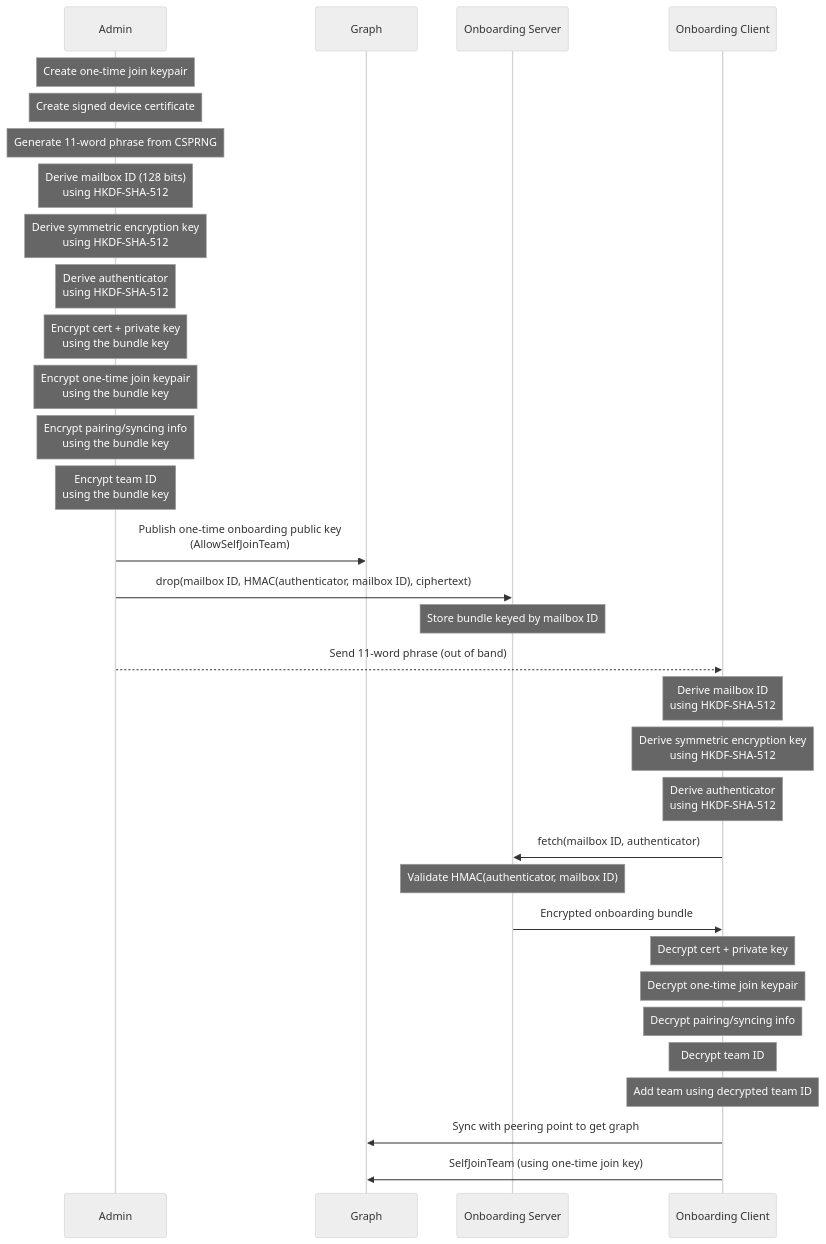
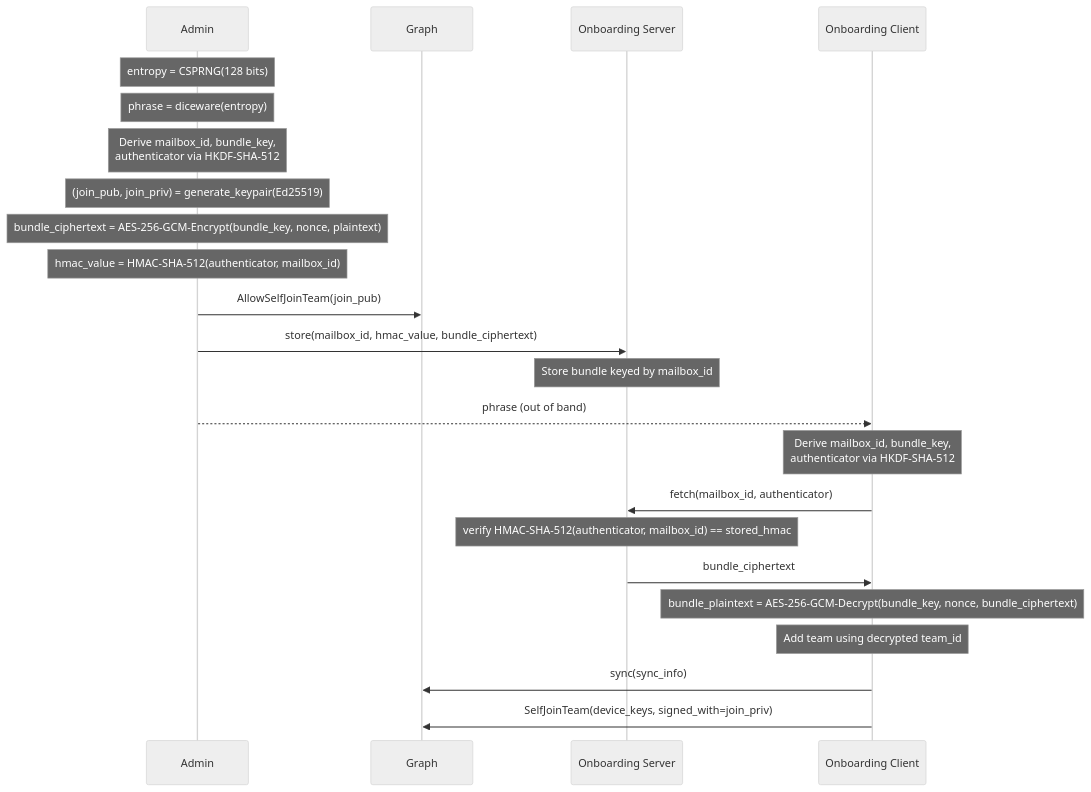
The diagram in docs/async-onboarding.md (aranya-project/aranya-docs), drawn with Mermaid (neutral theme) before and after one commit. The commit also changed other lines of this file, not shown here.

````diff
--- a/docs/async-onboarding.md
+++ b/docs/async-onboarding.md
@@ -41,41 +86,32 @@
 ```mermaid
 sequenceDiagram
     participant Admin
     participant Graph
     participant Server as Onboarding Server
     participant Client as Onboarding Client
 
-    Note over Admin: Create one-time join keypair
-    Note over Admin: Create signed device certificate
-    Note over Admin: Generate 11-word phrase from CSPRNG
-    Note over Admin: Derive mailbox ID (128 bits)<br/>using HKDF-SHA-512
-    Note over Admin: Derive symmetric encryption key<br/>using HKDF-SHA-512
-    Note over Admin: Derive authenticator<br/>using HKDF-SHA-512
-    Note over Admin: Encrypt cert + private key<br/>using the bundle key
-    Note over Admin: Encrypt one-time join keypair<br/>using the bundle key
-    Note over Admin: Encrypt pairing/syncing info<br/>using the bundle key
-    Note over Admin: Encrypt team ID<br/>using the bundle key
+    Note over Admin: entropy = CSPRNG(128 bits)
+    Note over Admin: phrase = diceware(entropy)
+    Note over Admin: Derive mailbox_id, bundle_key,<br/>authenticator via HKDF-SHA-512
+    Note over Admin: (join_pub, join_priv) = generate_keypair(Ed25519)
+    Note over Admin: bundle_ciphertext = AES-256-GCM-Encrypt(bundle_key, nonce, plaintext)
+    Note over Admin: hmac_value = HMAC-SHA-512(authenticator, mailbox_id)
 
-    Admin->>Graph: Publish one-time onboarding public key<br/>(AllowSelfJoinTeam)
-    Admin->>Server: drop(mailbox ID, HMAC(authenticator, mailbox ID), ciphertext)
-    Note over Server: Store bundle keyed by mailbox ID
+    Admin->>Graph: AllowSelfJoinTeam(join_pub)
+    Admin->>Server: store(mailbox_id, hmac_value, bundle_ciphertext)
+    Note over Server: Store bundle keyed by mailbox_id
 
-    Admin-->>Client: Send 11-word phrase (out of band)
+    Admin-->>Client: phrase (out of band)
 
-    Note over Client: Derive mailbox ID<br/>using HKDF-SHA-512
-    Note over Client: Derive symmetric encryption key<br/>using HKDF-SHA-512
-    Note over Client: Derive authenticator<br/>using HKDF-SHA-512
+    Note over Client: Derive mailbox_id, bundle_key,<br/>authenticator via HKDF-SHA-512
 
-    Client->>Server: fetch(mailbox ID, authenticator)
-    Note over Server: Validate HMAC(authenticator, mailbox ID)
-    Server->>Client: Encrypted onboarding bundle
+    Client->>Server: fetch(mailbox_id, authenticator)
+    Note over Server: verify HMAC-SHA-512(authenticator, mailbox_id) == stored_hmac
+    Server->>Client: bundle_ciphertext
 
-    Note over Client: Decrypt cert + private key
-    Note over Client: Decrypt one-time join keypair
-    Note over Client: Decrypt pairing/syncing info
-    Note over Client: Decrypt team ID
+    Note over Client: bundle_plaintext = AES-256-GCM-Decrypt(bundle_key, nonce, bundle_ciphertext)
 
-    Note over Client: Add team using decrypted team ID
-    Client->>Graph: Sync with peering point to get graph
-    Client->>Graph: SelfJoinTeam (using one-time join key)
+    Note over Client: Add team using decrypted team_id
+    Client->>Graph: sync(sync_info)
+    Client->>Graph: SelfJoinTeam(device_keys, signed_with=join_priv)
 ```
````
